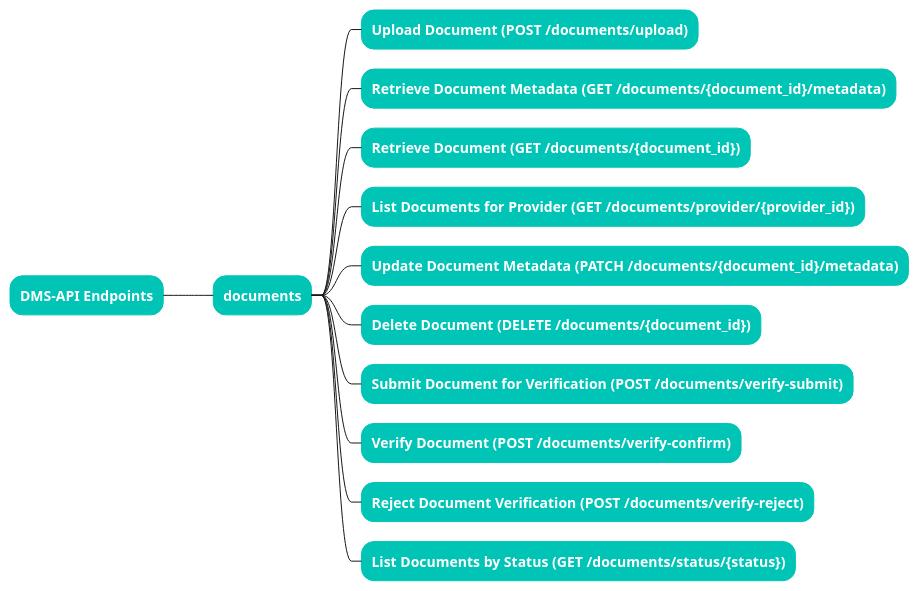
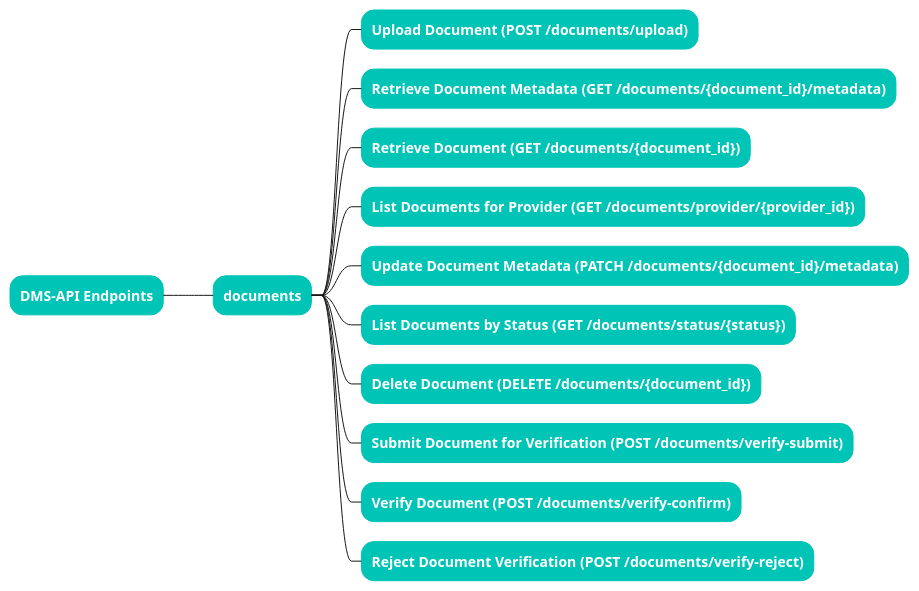
Before and after one commit to daria-serkova/aws-cdk: the diagram in documents-management-services/healthcare-providers-documents-management/architecture/api-gateway-endpoints.plantuml, drawn with PlantUML. The commit also changed 7 other files, not shown here.

```diff
--- a/documents-management-services/healthcare-providers-documents-management/architecture/api-gateway-endpoints.plantuml
+++ b/documents-management-services/healthcare-providers-documents-management/architecture/api-gateway-endpoints.plantuml
@@ -1,21 +1,22 @@
 @startmindmap API Gateway Endpoints
 skinparam node {
     BackgroundColor #00C4B5
     FontColor #FFFFFF
     BorderColor #00C4B5
     BorderThickness 1
     FontStyle bold
 }
 * DMS-API Endpoints
 ** documents
 *** Upload Document (POST /documents/upload)
 *** Retrieve Document Metadata (GET /documents/{document_id}/metadata)
 *** Retrieve Document (GET /documents/{document_id})
 *** List Documents for Provider (GET /documents/provider/{provider_id})
 *** Update Document Metadata (PATCH /documents/{document_id}/metadata)
+*** List Documents by Status (GET /documents/status/{status})
 *** Delete Document (DELETE /documents/{document_id})
 *** Submit Document for Verification (POST /documents/verify-submit)
 *** Verify Document (POST /documents/verify-confirm)
 *** Reject Document Verification (POST /documents/verify-reject)
-*** List Documents by Status (GET /documents/status/{status})
+
 @endmindmap
```
